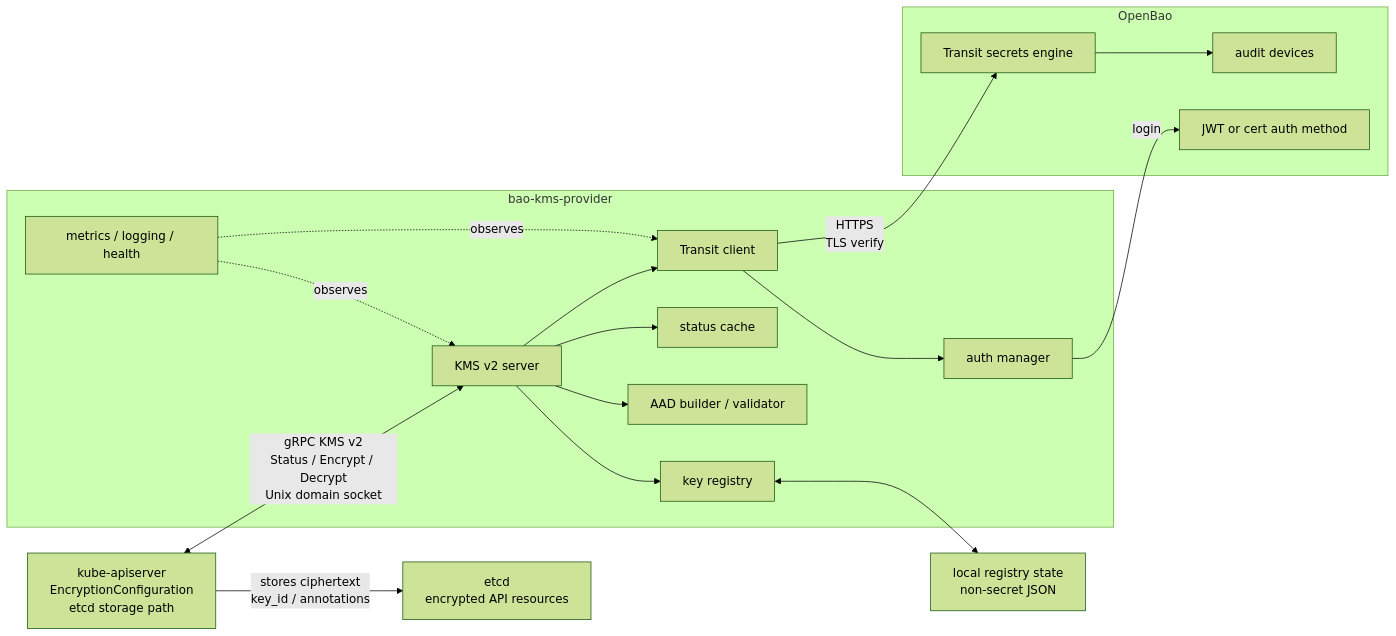
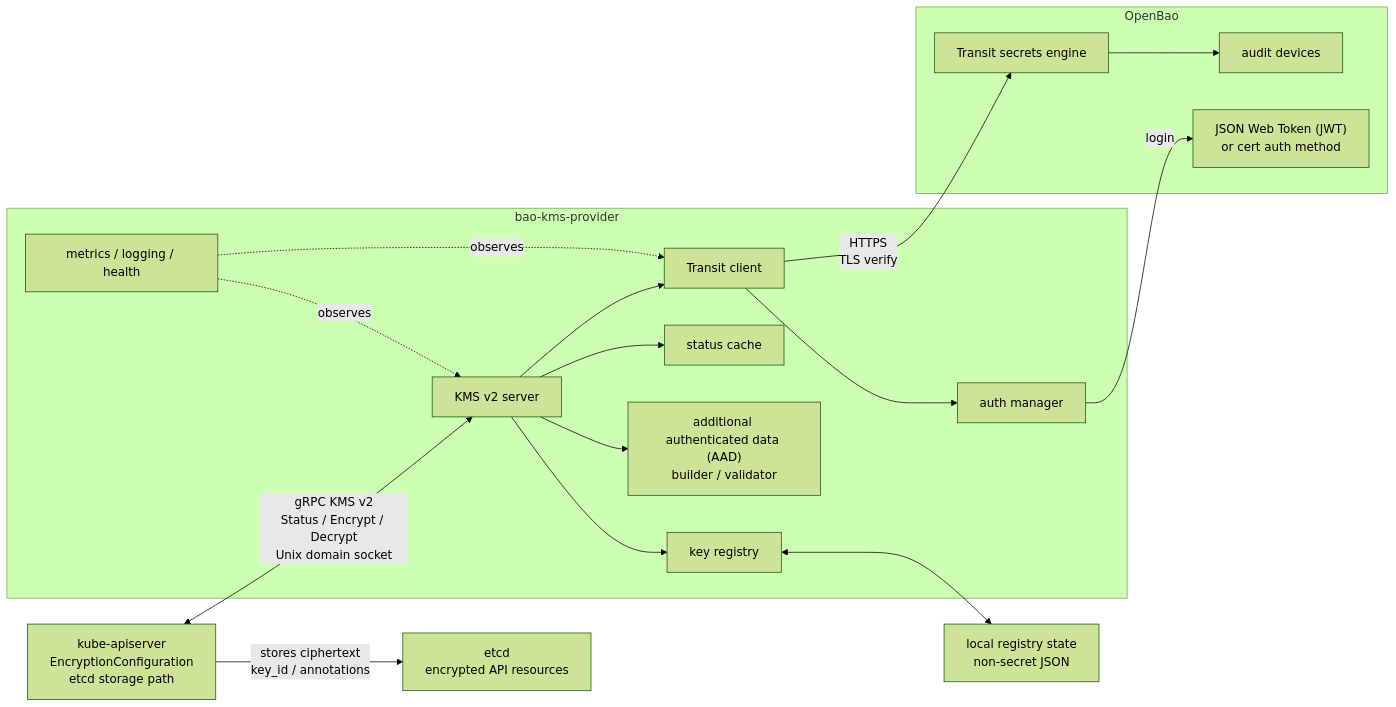
Before and after one commit to dc-tec/openbao-kubernetes-kms: the first of 6 diagrams in docs/architecture/overview.md, drawn with Mermaid (forest theme). The commit also changed other lines of this file and 68 other files, not shown here.

````diff
--- a/docs/architecture/overview.md
+++ b/docs/architecture/overview.md
@@ -29,36 +29,36 @@
 ```mermaid
 flowchart LR
     API["kube-apiserver<br/>EncryptionConfiguration<br/>etcd storage path"]
     Etcd["etcd<br/>encrypted API resources"]
     StateFile["local registry state<br/>non-secret JSON"]
 
     subgraph Plugin["bao-kms-provider"]
         KMS["KMS v2 server"]
         Registry["key registry"]
-        AAD["AAD builder / validator"]
+        AAD["additional authenticated data (AAD)<br/>builder / validator"]
         AuthManager["auth manager"]
         TransitClient["Transit client"]
         StatusCache["status cache"]
         Observability["metrics / logging / health"]
     end
 
     subgraph Bao["OpenBao"]
-        BaoAuth["JWT or cert auth method"]
+        BaoAuth["JSON Web Token (JWT)<br/>or cert auth method"]
         Transit["Transit secrets engine"]
         Audit["audit devices"]
     end
 
     API <-->|gRPC KMS v2<br/>Status / Encrypt / Decrypt<br/>Unix domain socket| KMS
     API -->|stores ciphertext<br/>key_id / annotations| Etcd
     KMS --> Registry
     KMS --> AAD
     KMS --> StatusCache
     KMS --> TransitClient
     Registry <--> StateFile
     TransitClient --> AuthManager
     AuthManager -->|login| BaoAuth
     TransitClient -->|HTTPS<br/>TLS verify| Transit
     Transit --> Audit
     Observability -.->|observes| KMS
     Observability -.->|observes| TransitClient
 ```
````
